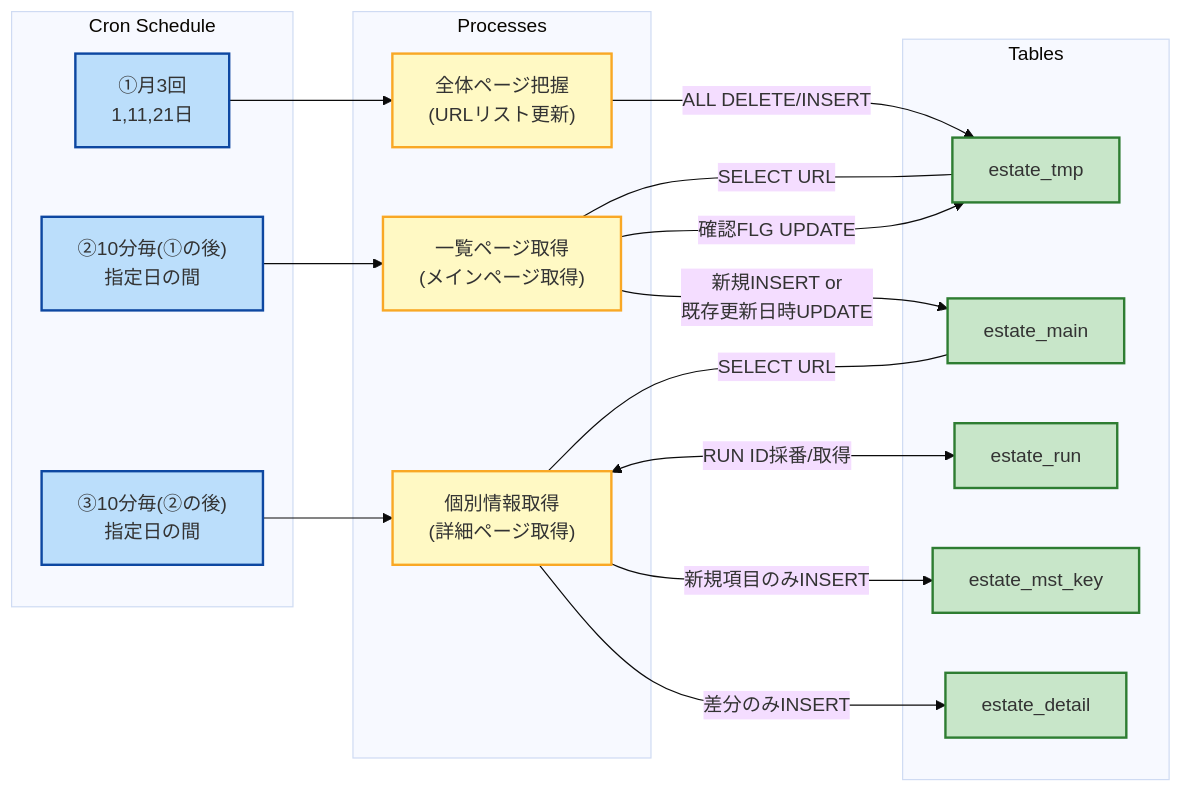
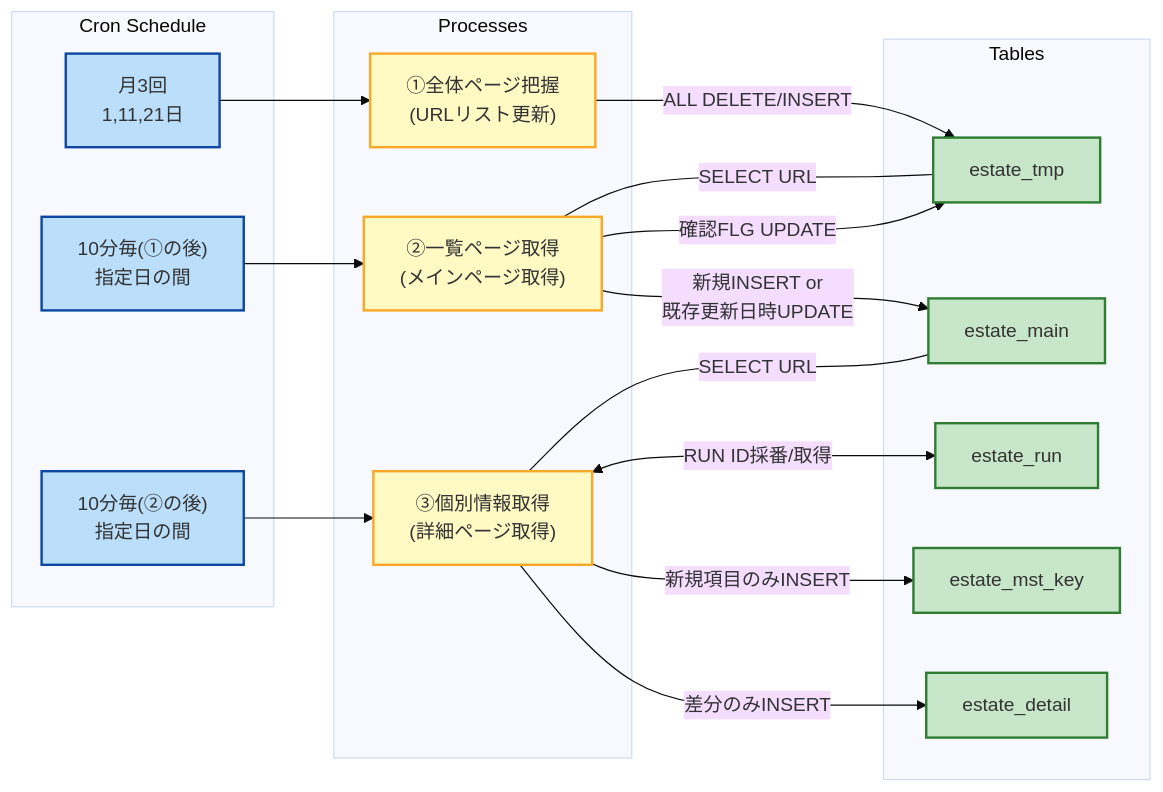
The diagram in main/collect/README.md (kazukingh01/kkestate), drawn with Mermaid (base theme) before and after one commit.

````diff
--- a/main/collect/README.md
+++ b/main/collect/README.md
@@ -19,48 +19,48 @@
 ```mermaid
 flowchart LR
   %% Cron Schedule
   subgraph CronSchedule["Cron Schedule"]
-    C1["①月3回<br>1,11,21日"]
-    C2["②10分毎(①の後)<br>指定日の間"]
-    C3["③10分毎(②の後)<br>指定日の間"]
+    C1["月3回<br>1,11,21日"]
+    C2["10分毎(①の後)<br>指定日の間"]
+    C3["10分毎(②の後)<br>指定日の間"]
   end
 
   %% Processes
   subgraph Processes["Processes"]
-    P1["全体ページ把握<br>(URLリスト更新)"]
-    P2["一覧ページ取得<br>(メインページ取得)"]
-    P3["個別情報取得<br>(詳細ページ取得)"]
+    P1["①全体ページ把握<br>(URLリスト更新)"]
+    P2["②一覧ページ取得<br>(メインページ取得)"]
+    P3["③個別情報取得<br>(詳細ページ取得)"]
   end
 
   %% Tables
   subgraph Tables["Tables"]
     T1["estate_tmp"]
     T2["estate_main"]
     T3["estate_run"]
     T4["estate_mst_key"]
     T5["estate_detail"]
   end
 
   %% Edges
   C1 --> P1
   C2 --> P2
   C3 --> P3
 
   P1 --> |ALL DELETE/INSERT| T1
   P2 --- |SELECT URL| T1
   P2 --> |確認FLG UPDATE| T1
   P2 --> |"新規INSERT or<br>既存更新日時UPDATE"| T2
   P3 --- |SELECT URL| T2
   P3 <--> |RUN ID採番/取得| T3
   P3 --> |新規項目のみINSERT| T4
   P3 --> |差分のみINSERT| T5
 
   %% Styling
   classDef cron    fill:#bbdefb,stroke:#0d47a1,stroke-width:2px;
   classDef process fill:#fff9c4,stroke:#f9a825,stroke-width:2px;
   classDef table   fill:#c8e6c9,stroke:#2e7d32,stroke-width:2px;
 
   class C1,C2,C3 cron;
   class P1,P2,P3 process;
   class T1,T2,T3,T4,T5 table;
 ```
````
